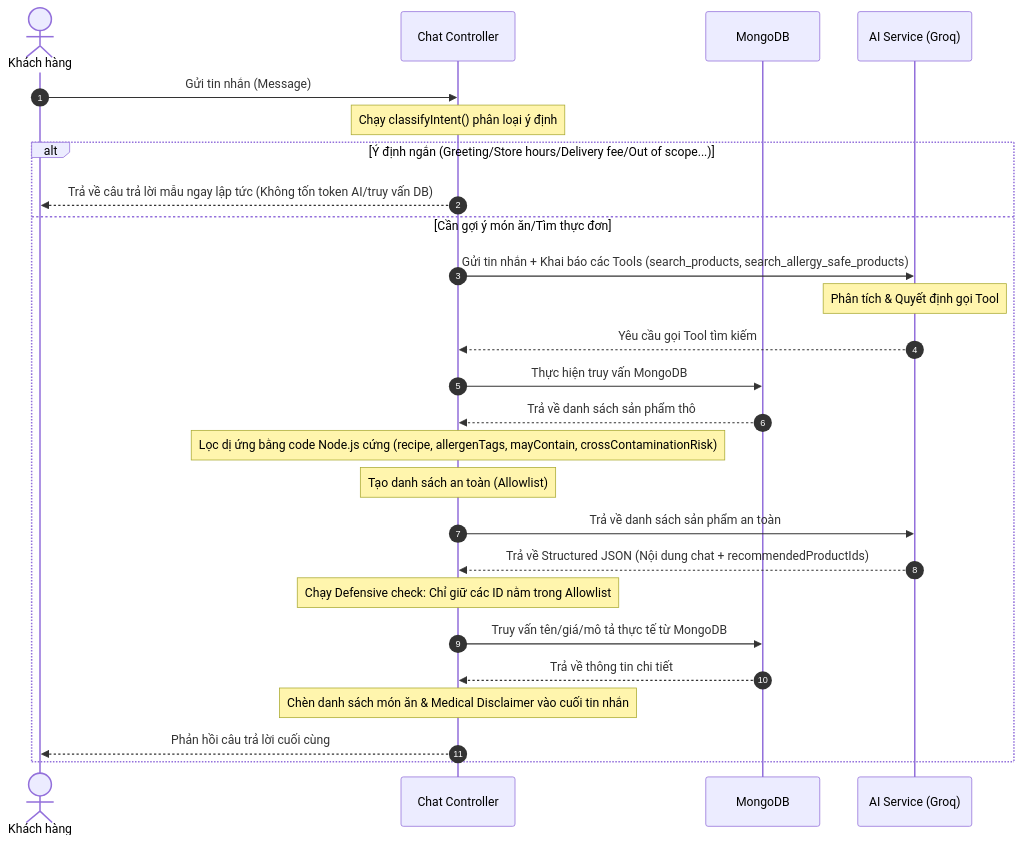
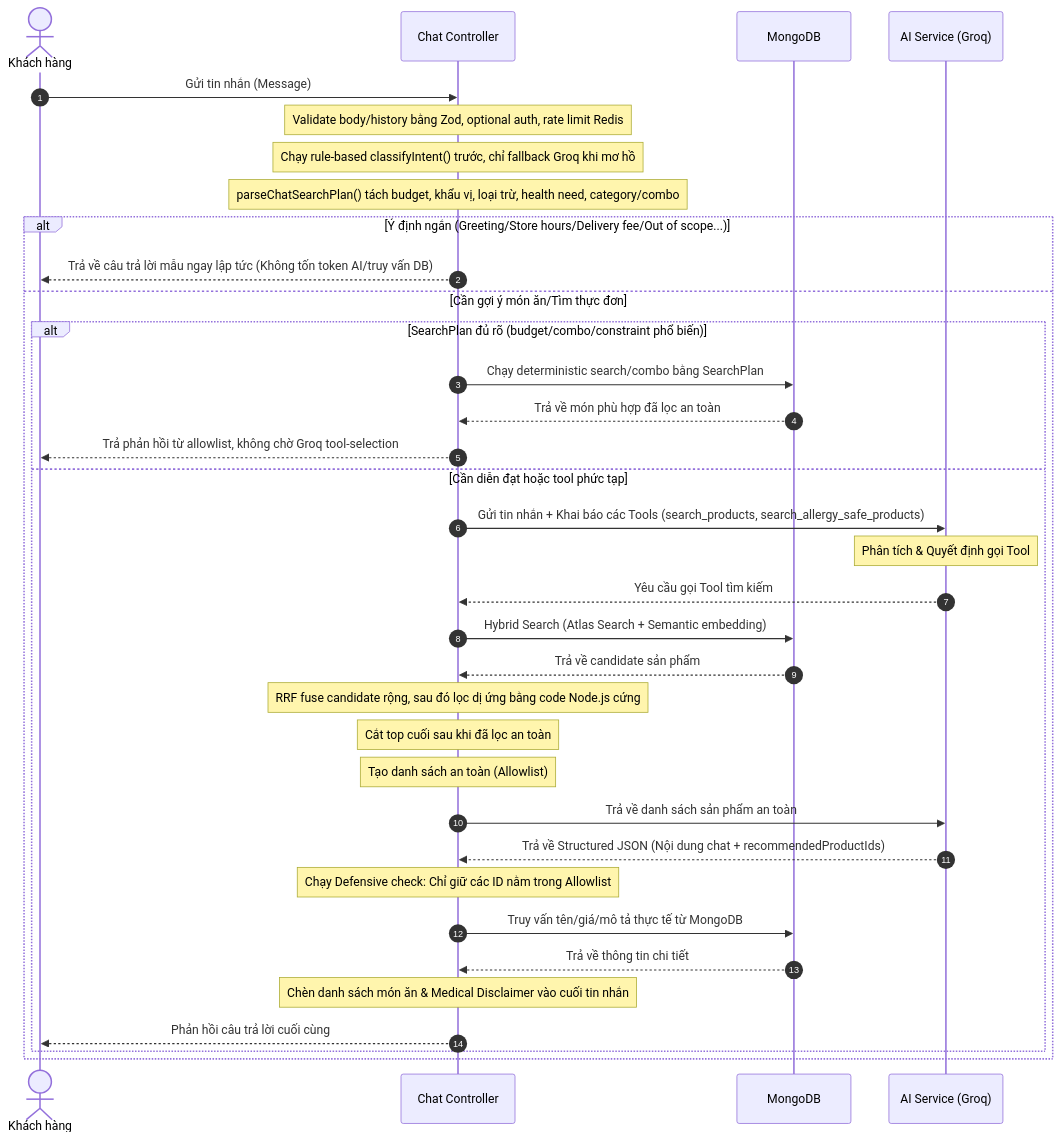
The diagram in docs/CHATBOT_SYSTEM.md (SUMMER2026SE/wdp301-rbl-project-group2), drawn with Mermaid before and after one commit. The commit also changed other lines of this file and 12 other files, not shown here.

````diff
--- a/docs/CHATBOT_SYSTEM.md
+++ b/docs/CHATBOT_SYSTEM.md
@@ -11,33 +11,42 @@
 ```mermaid
 sequenceDiagram
     autonumber
     actor User as Khách hàng
     participant Controller as Chat Controller
     participant DB as MongoDB
     participant LLM as AI Service (Groq)
 
     User->>Controller: Gửi tin nhắn (Message)
-    Note over Controller: Chạy classifyIntent() phân loại ý định
+    Note over Controller: Validate body/history bằng Zod, optional auth, rate limit Redis
+    Note over Controller: Chạy rule-based classifyIntent() trước, chỉ fallback Groq khi mơ hồ
+    Note over Controller: parseChatSearchPlan() tách budget, khẩu vị, loại trừ, health need, category/combo
     
     alt Ý định ngắn (Greeting/Store hours/Delivery fee/Out of scope...)
         Controller-->>User: Trả về câu trả lời mẫu ngay lập tức (Không tốn token AI/truy vấn DB)
     else Cần gợi ý món ăn/Tìm thực đơn
-        Controller->>LLM: Gửi tin nhắn + Khai báo các Tools (search_products, search_allergy_safe_products)
+        alt SearchPlan đủ rõ (budget/combo/constraint phổ biến)
+            Controller->>DB: Chạy deterministic search/combo bằng SearchPlan
+            DB-->>Controller: Trả về món phù hợp đã lọc an toàn
+            Controller-->>User: Trả phản hồi từ allowlist, không chờ Groq tool-selection
+        else Cần diễn đạt hoặc tool phức tạp
+            Controller->>LLM: Gửi tin nhắn + Khai báo các Tools (search_products, search_allergy_safe_products)
         Note over LLM: Phân tích & Quyết định gọi Tool
         LLM-->>Controller: Yêu cầu gọi Tool tìm kiếm
         
-        Controller->>DB: Thực hiện truy vấn MongoDB
-        DB-->>Controller: Trả về danh sách sản phẩm thô
-        Note over Controller: Lọc dị ứng bằng code Node.js cứng (recipe, allergenTags, mayContain, crossContaminationRisk)
+        Controller->>DB: Hybrid Search (Atlas Search + Semantic embedding)
+        DB-->>Controller: Trả về candidate sản phẩm
+        Note over Controller: RRF fuse candidate rộng, sau đó lọc dị ứng bằng code Node.js cứng
+        Note over Controller: Cắt top cuối sau khi đã lọc an toàn
         Note over Controller: Tạo danh sách an toàn (Allowlist)
         
         Controller->>LLM: Trả về danh sách sản phẩm an toàn
         LLM-->>Controller: Trả về Structured JSON (Nội dung chat + recommendedProductIds)
         
         Note over Controller: Chạy Defensive check: Chỉ giữ các ID nằm trong Allowlist
         Controller->>DB: Truy vấn tên/giá/mô tả thực tế từ MongoDB
         DB-->>Controller: Trả về thông tin chi tiết
         Note over Controller: Chèn danh sách món ăn & Medical Disclaimer vào cuối tin nhắn
         Controller-->>User: Phản hồi câu trả lời cuối cùng
+        end
     end
 ```
````
